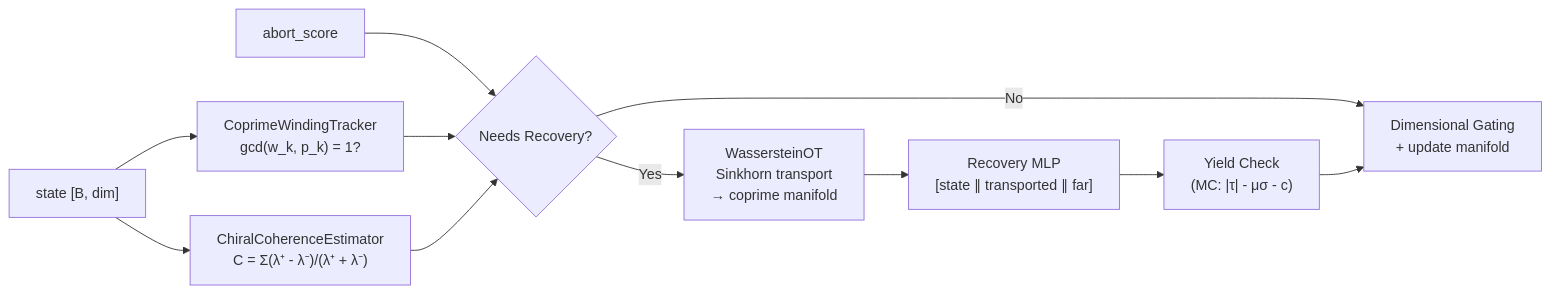
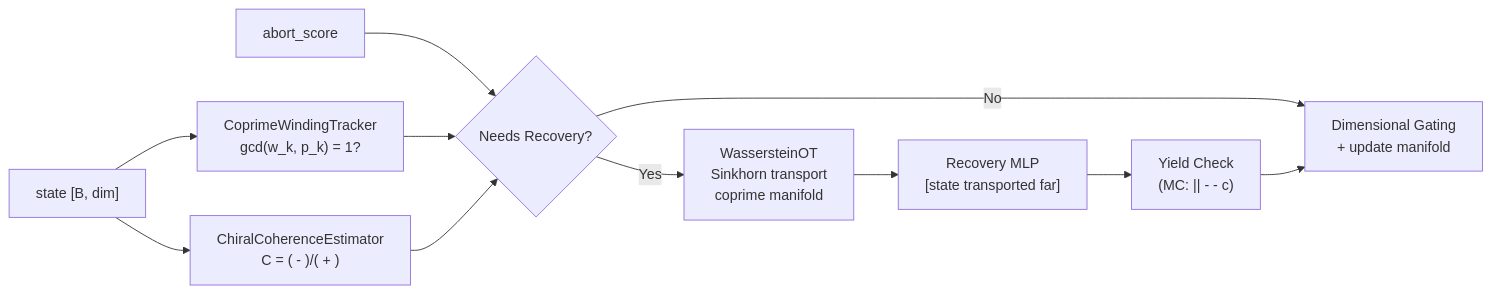
One commit to ZenoNex/Gyroidic-Sparse-Covariance-Flux-Reasoner changed the diagram in docs/SPECULATIVE_COPRIME_GATE.md. Above: the diagram before and after it, drawn with Mermaid. The commit also changed other lines of this file, not shown here.

````diff
--- a/docs/SPECULATIVE_COPRIME_GATE.md
+++ b/docs/SPECULATIVE_COPRIME_GATE.md
@@ -12,13 +12,13 @@
 ```mermaid
 graph LR
     S["state [B, dim]"] --> WT["CoprimeWindingTracker<br/>gcd(w_k, p_k) = 1?"]
-    S --> CE["ChiralCoherenceEstimator<br/>C = Σ(λ⁺ - λ⁻)/(λ⁺ + λ⁻)"]
+    S --> CE["ChiralCoherenceEstimator<br/>C = ( - )/( + )"]
     A["abort_score"] --> DEC{Needs Recovery?}
     WT --> DEC
     CE --> DEC
     DEC -->|No| GATE["Dimensional Gating<br/>+ update manifold"]
-    DEC -->|Yes| WOT["WassersteinOT<br/>Sinkhorn transport<br/>→ coprime manifold"]
-    WOT --> MLP["Recovery MLP<br/>[state ∥ transported ∥ far]"]
-    MLP --> YLD["Yield Check<br/>(MC: |τ| - μσ - c)"]
+    DEC -->|Yes| WOT["WassersteinOT<br/>Sinkhorn transport<br/> coprime manifold"]
+    WOT --> MLP["Recovery MLP<br/>[state  transported  far]"]
+    MLP --> YLD["Yield Check<br/>(MC: || -  - c)"]
     YLD --> GATE
 ```
````
